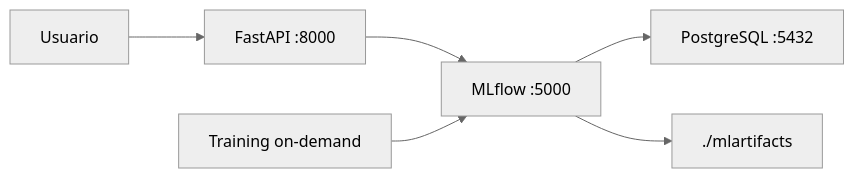
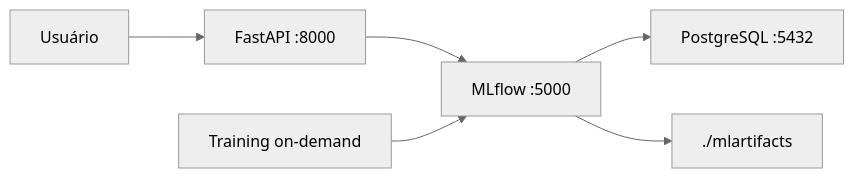
Before and after one commit to GusdPaula/MLENG_FIAP: the diagram in fase_1/tech_challenge/docs/ARQUITETURA_DEPLOY.md, drawn with Mermaid (neutral theme). The commit also changed other lines of this file and 24 other files, not shown here.

````diff
--- a/fase_1/tech_challenge/docs/ARQUITETURA_DEPLOY.md
+++ b/fase_1/tech_challenge/docs/ARQUITETURA_DEPLOY.md
@@ -13,8 +13,8 @@
 ```mermaid
 flowchart LR
-    USER["Usuario"] --> API["FastAPI :8000"]
+    USER["Usuário"] --> API["FastAPI :8000"]
     API --> MLFLOW["MLflow :5000"]
     TRAIN["Training on-demand"] --> MLFLOW
     MLFLOW --> DB["PostgreSQL :5432"]
     MLFLOW --> ART["./mlartifacts"]
 ```
````
